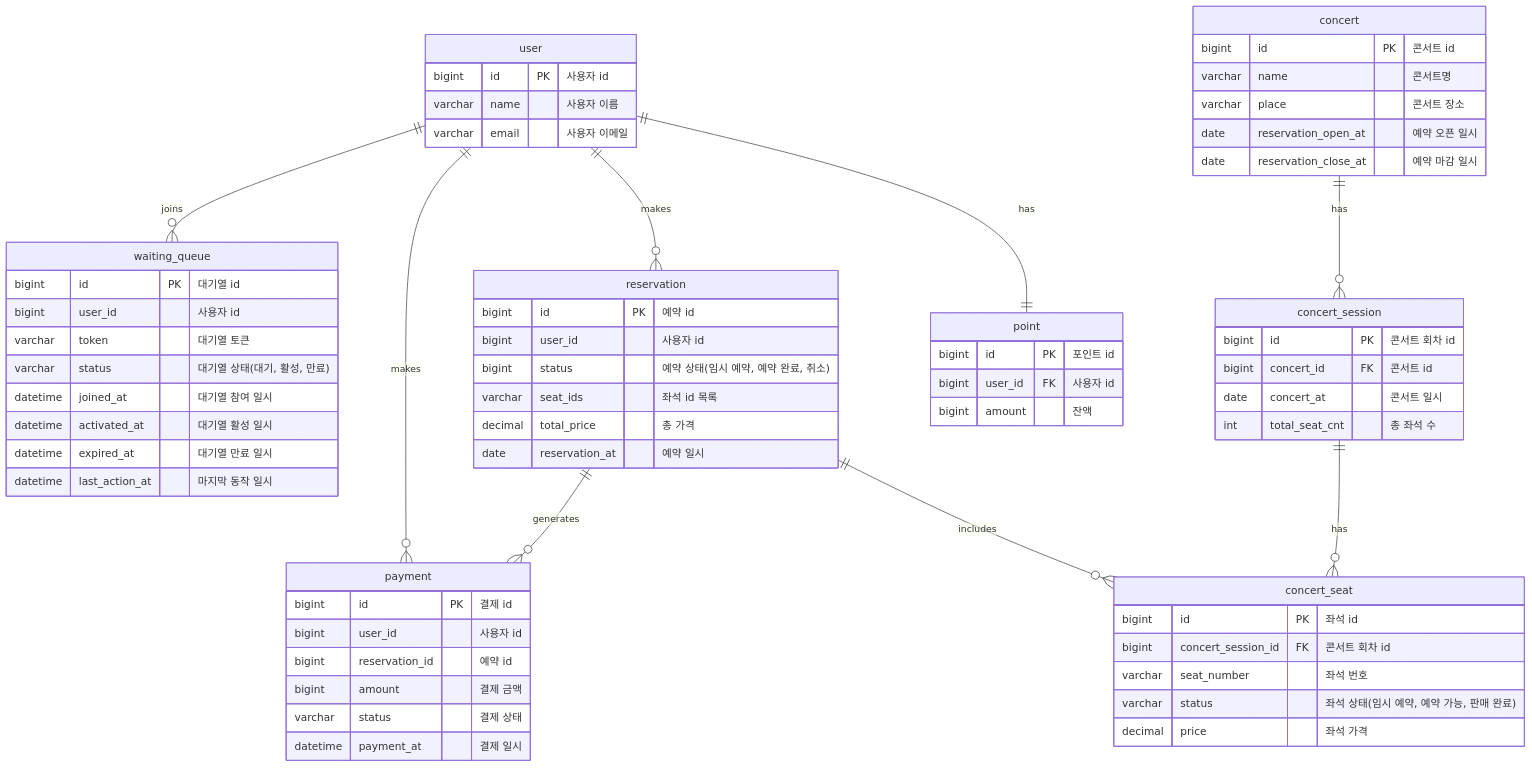
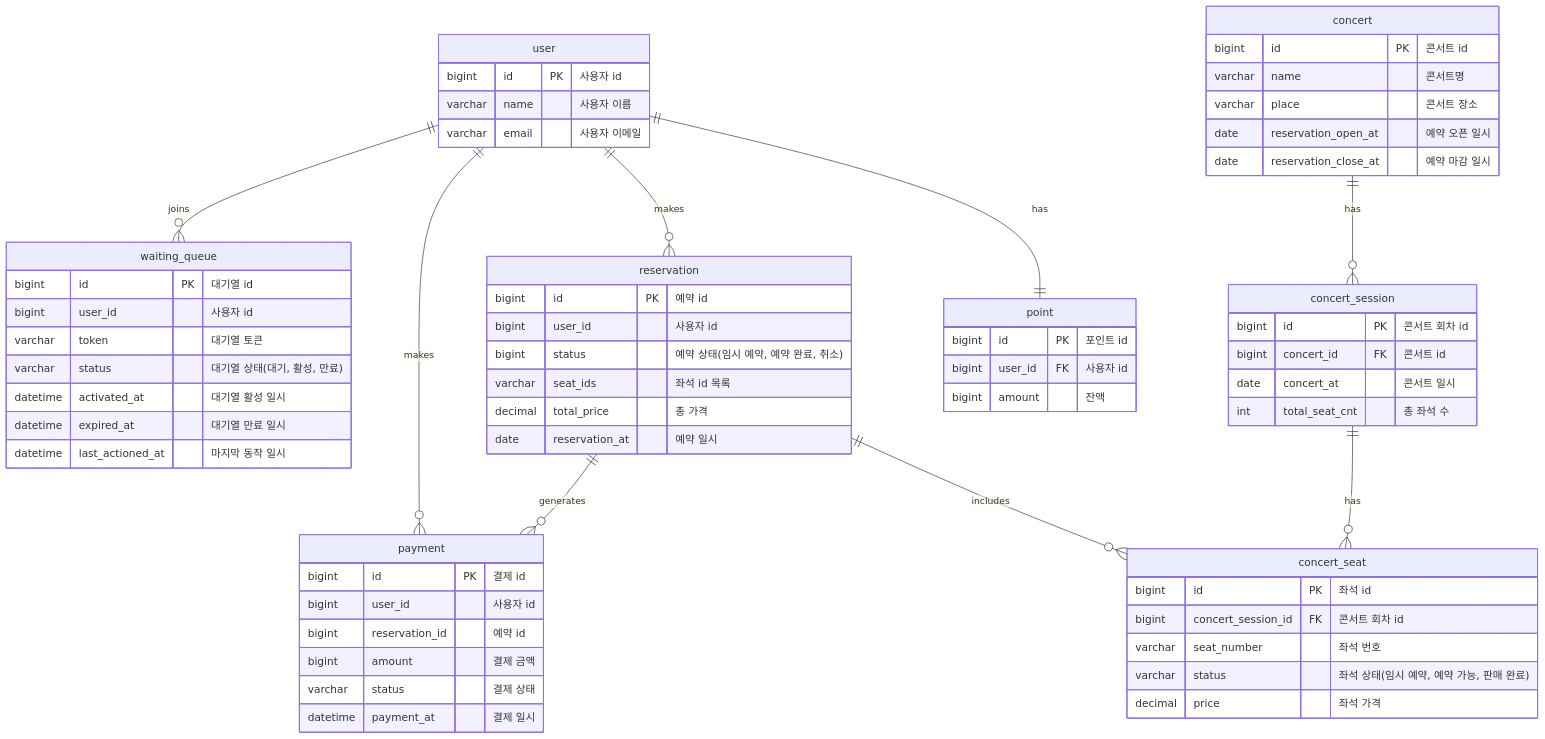
The diagram in docs/ERD.md (rueun/hhplus-concert-reservation), drawn with Mermaid before and after one commit.

Commit message:
docs: erd 수정

````diff
--- a/docs/ERD.md
+++ b/docs/ERD.md
@@ -1,80 +1,79 @@
 ```mermaid
 erDiagram
     user {
         bigint id PK "사용자 id"
         varchar name "사용자 이름"
         varchar email "사용자 이메일"
     }
 
     point {
         bigint id PK "포인트 id"
         bigint user_id FK "사용자 id"
         bigint amount "잔액"
     }
 
     waiting_queue {
         bigint id PK "대기열 id"
         bigint user_id "사용자 id"
         varchar token "대기열 토큰"
         varchar status "대기열 상태(대기, 활성, 만료)"
-        datetime joined_at "대기열 참여 일시"
         datetime activated_at "대기열 활성 일시"
         datetime expired_at "대기열 만료 일시"
-        datetime last_action_at "마지막 동작 일시"
+        datetime last_actioned_at "마지막 동작 일시"
     }
 
     concert {
         bigint id PK "콘서트 id"
         varchar name "콘서트명"
         varchar place "콘서트 장소"
         date reservation_open_at "예약 오픈 일시"
         date reservation_close_at "예약 마감 일시"
     }
 
     concert_session {
         bigint id PK "콘서트 회차 id"
         bigint concert_id FK "콘서트 id"
         date concert_at "콘서트 일시"
         int total_seat_cnt "총 좌석 수"
     }
 
     concert_seat {
         bigint id PK "좌석 id"
         bigint concert_session_id FK "콘서트 회차 id"
         varchar seat_number "좌석 번호"
         varchar status "좌석 상태(임시 예약, 예약 가능, 판매 완료)"
         decimal price "좌석 가격"
     }
 
     reservation {
         bigint id PK "예약 id"
         bigint user_id "사용자 id"
         bigint status "예약 상태(임시 예약, 예약 완료, 취소)"
         varchar seat_ids "좌석 id 목록"
         decimal total_price "총 가격"    
         date reservation_at "예약 일시"
     }
 
     payment {
         bigint id PK "결제 id"
         bigint user_id "사용자 id"
         bigint reservation_id "예약 id"
         bigint amount "결제 금액"
         varchar status "결제 상태"
         datetime payment_at "결제 일시"
     }
 
 
 %% 관계 정의
 user ||--|| point: "has"
 user ||--o{ reservation: "makes"
 user ||--o{ payment: "makes"
 user ||--o{ waiting_queue: "joins"
 
 concert ||--o{ concert_session: "has"
 
 concert_session ||--o{ concert_seat: "has"
 
 reservation ||--o{ concert_seat: "includes"
 reservation ||--o{ payment: "generates"
 ```
````
